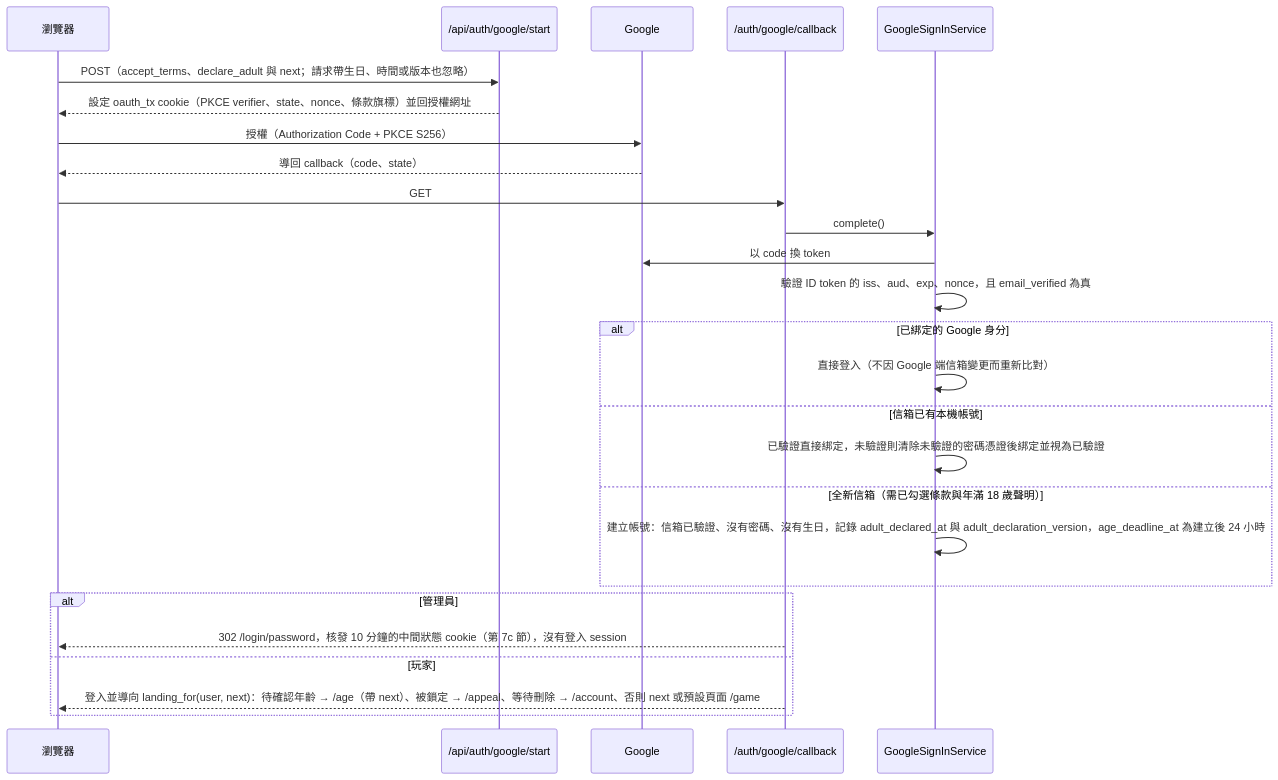
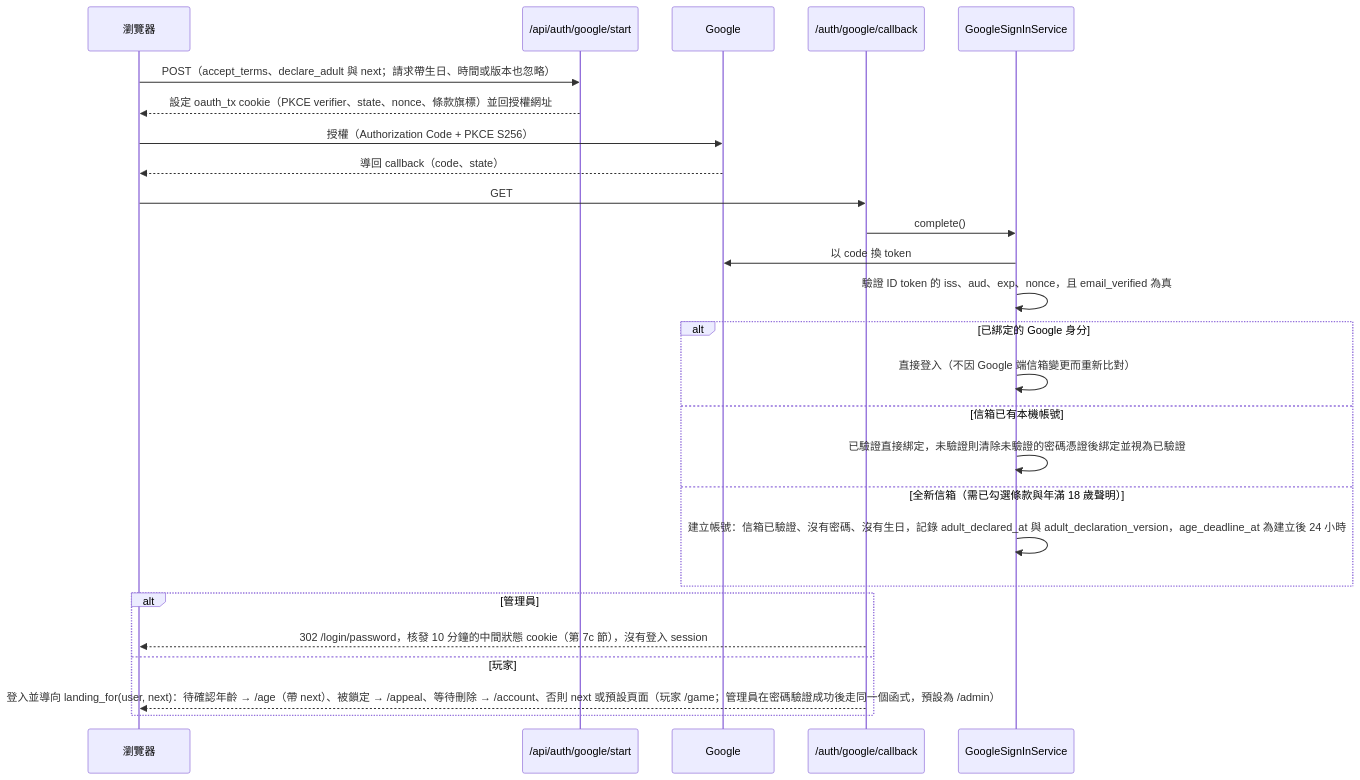
The third of 11 diagrams in docs/帳號與安全-auth-security.md (pp466pp466/R.A.C), drawn with Mermaid before and after one commit. The commit also changed other lines of this file and 7 other files, not shown here.

First line of the commit message:
admin-default-landing 批 1：landing_for 依角色選預設頁面（管理員為 /admin）

````diff
--- a/docs/帳號與安全-auth-security.md
+++ b/docs/帳號與安全-auth-security.md
@@ -67,29 +67,29 @@
 ```mermaid
 sequenceDiagram
     participant B as 瀏覽器
     participant A as /api/auth/google/start
     participant G as Google
     participant C as /auth/google/callback
     participant S as GoogleSignInService
 
     B->>A: POST（accept_terms、declare_adult 與 next；請求帶生日、時間或版本也忽略）
     A-->>B: 設定 oauth_tx cookie（PKCE verifier、state、nonce、條款旗標）並回授權網址
     B->>G: 授權（Authorization Code + PKCE S256）
     G-->>B: 導回 callback（code、state）
     B->>C: GET
     C->>S: complete()
     S->>G: 以 code 換 token
     S->>S: 驗證 ID token 的 iss、aud、exp、nonce，且 email_verified 為真
     alt 已綁定的 Google 身分
         S->>S: 直接登入（不因 Google 端信箱變更而重新比對）
     else 信箱已有本機帳號
         S->>S: 已驗證直接綁定，未驗證則清除未驗證的密碼憑證後綁定並視為已驗證
     else 全新信箱（需已勾選條款與年滿 18 歲聲明）
         S->>S: 建立帳號：信箱已驗證、沒有密碼、沒有生日，記錄 adult_declared_at 與 adult_declaration_version，age_deadline_at 為建立後 24 小時
     end
     alt 管理員
         C-->>B: 302 /login/password，核發 10 分鐘的中間狀態 cookie（第 7c 節），沒有登入 session
     else 玩家
-        C-->>B: 登入並導向 landing_for(user, next)：待確認年齡 → /age（帶 next）、被鎖定 → /appeal、等待刪除 → /account、否則 next 或預設頁面 /game
+        C-->>B: 登入並導向 landing_for(user, next)：待確認年齡 → /age（帶 next）、被鎖定 → /appeal、等待刪除 → /account、否則 next 或預設頁面（玩家 /game；管理員在密碼驗證成功後走同一個函式，預設為 /admin）
     end
 ```
````
